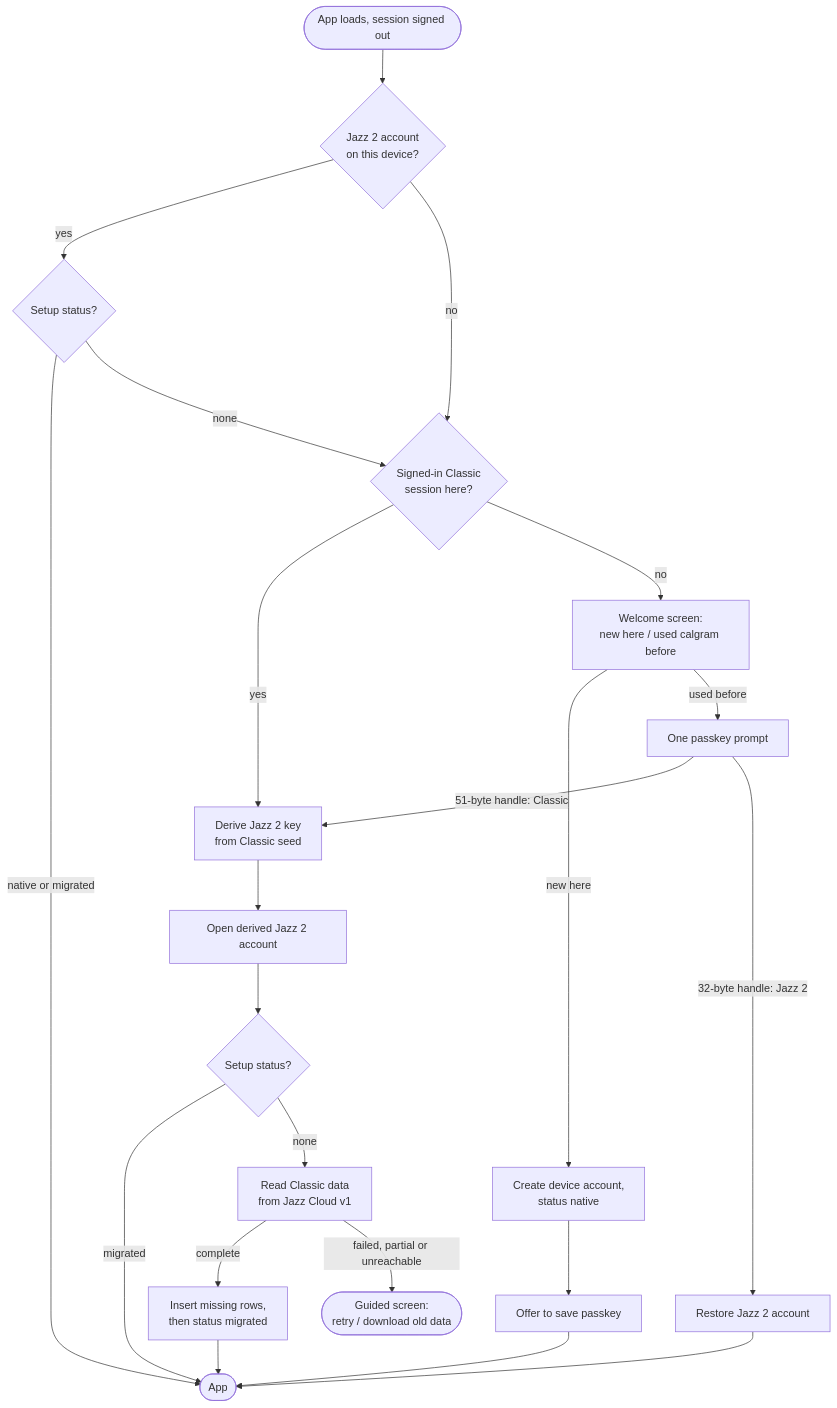
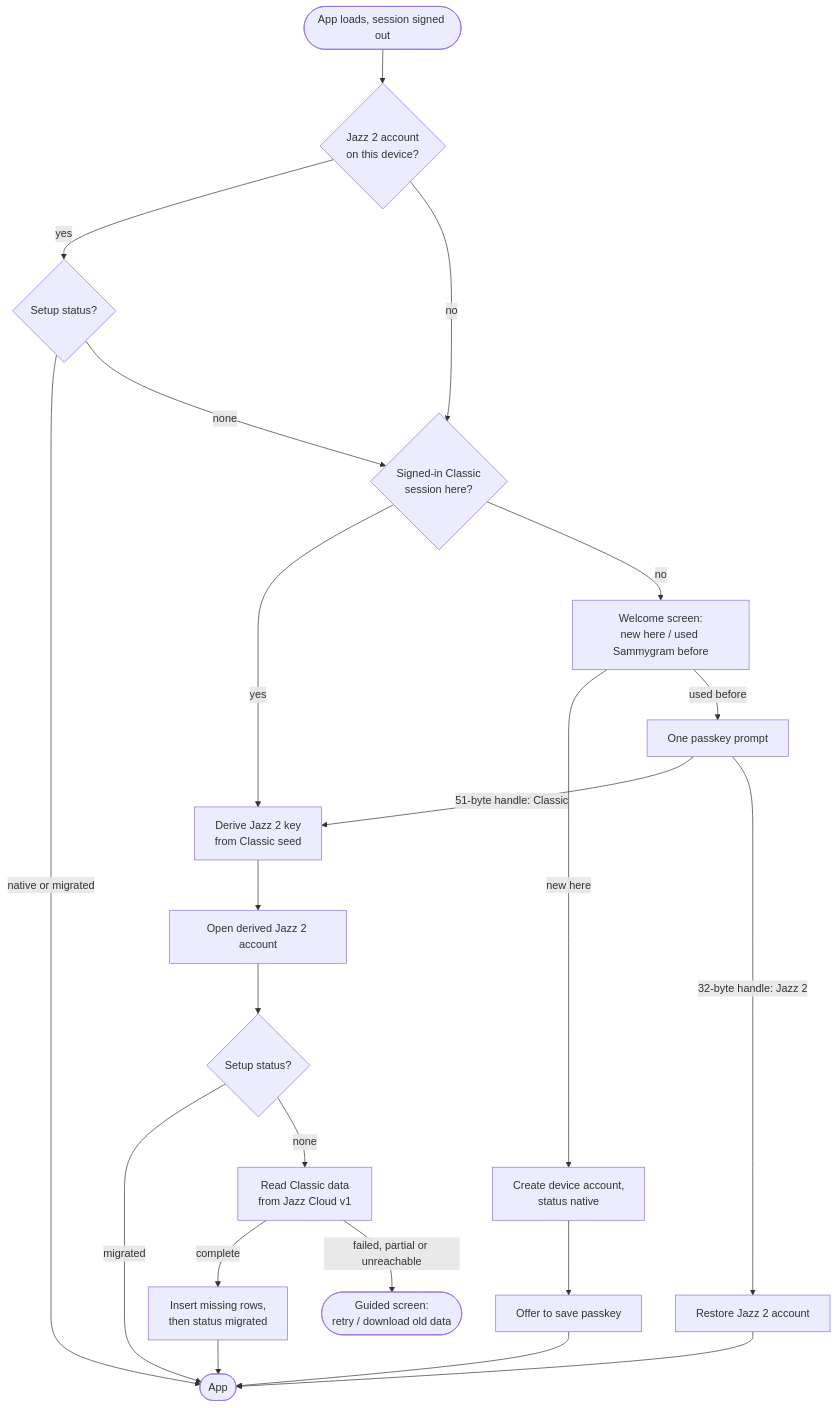
Before and after one commit to chadkirby/calgram: the second of 2 diagrams in docs/plans/2026-11-26-0812-feat-jazz2-migration-plan.md, drawn with Mermaid. The commit also changed other lines of this file and 3 other files, not shown here.

````diff
--- a/docs/plans/2026-11-26-0812-feat-jazz2-migration-plan.md
+++ b/docs/plans/2026-11-26-0812-feat-jazz2-migration-plan.md
@@ -131,20 +132,20 @@
 ```mermaid
 flowchart TB
   start([App loads, session signed out]) --> j2{Jazz 2 account<br/>on this device?}
   j2 -->|yes| status{Setup status?}
   status -->|native or migrated| app([App])
   status -->|none| classic
   j2 -->|no| classic{Signed-in Classic<br/>session here?}
   classic -->|yes| derive[Derive Jazz 2 key<br/>from Classic seed]
-  classic -->|no| welcome[Welcome screen:<br/>new here / used calgram before]
+  classic -->|no| welcome[Welcome screen:<br/>new here / used Sammygram before]
   welcome -->|new here| create[Create device account,<br/>status native] --> offer[Offer to save passkey] --> app
   welcome -->|used before| pk[One passkey prompt]
   pk -->|51-byte handle: Classic| derive
   pk -->|32-byte handle: Jazz 2| restore[Restore Jazz 2 account] --> app
   derive --> open[Open derived Jazz 2 account]
   open --> done{Setup status?}
   done -->|migrated| app
   done -->|none| read[Read Classic data<br/>from Jazz Cloud v1]
   read -->|complete| write[Insert missing rows,<br/>then status migrated] --> app
   read -->|failed, partial or unreachable| fallback([Guided screen:<br/>retry / download old data])
 ```
````
